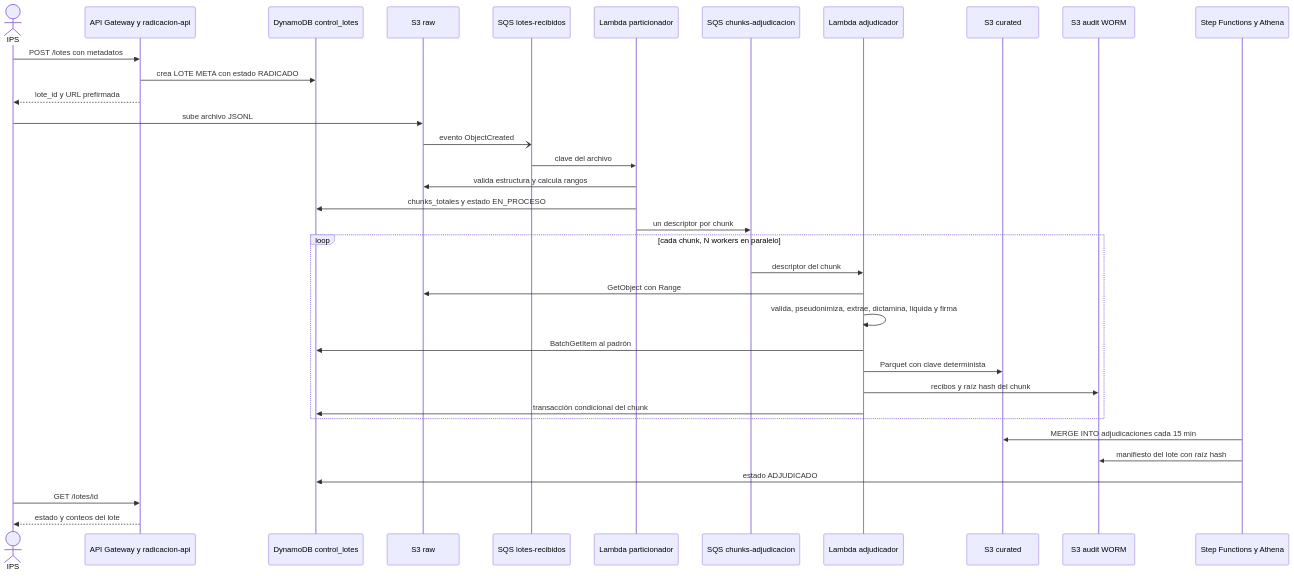
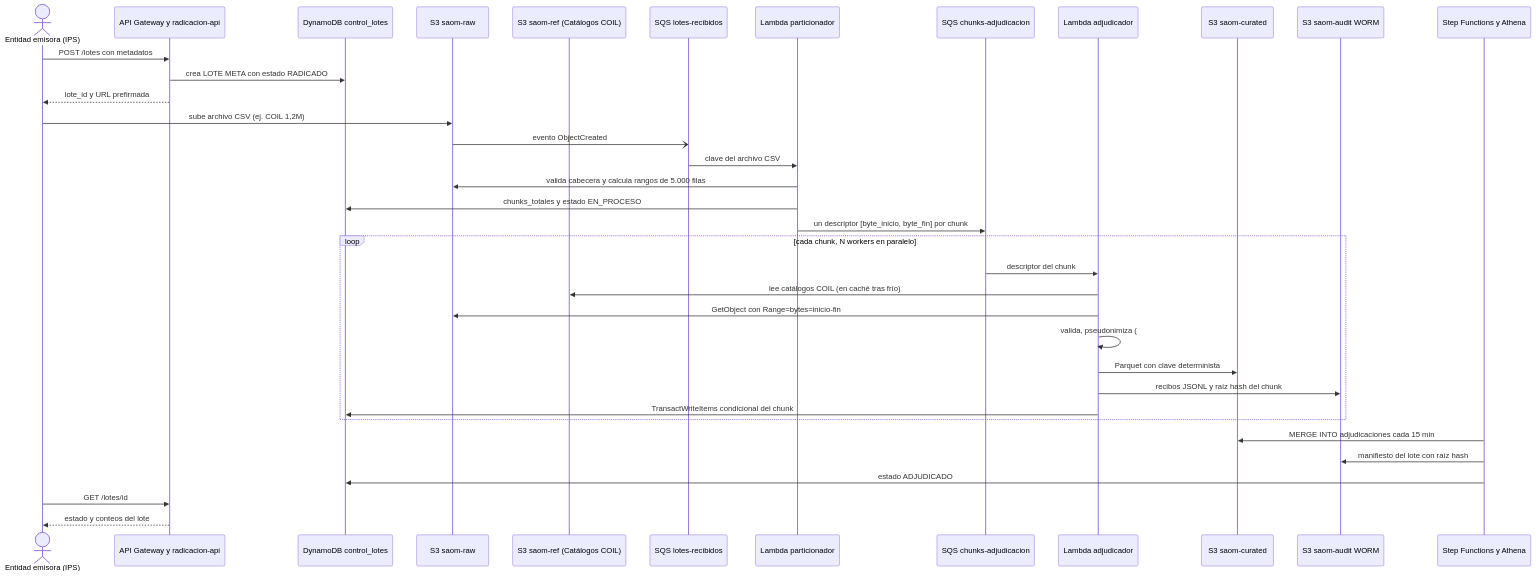
Before and after one commit to dani1309/Arquitectura: the diagram in design/03_arquitectura_tecnica.md, drawn with Mermaid. The commit also changed other lines of this file and 19 other files, not shown here.

````diff
--- a/design/03_arquitectura_tecnica.md
+++ b/design/03_arquitectura_tecnica.md
@@ -110,38 +111,39 @@
 ```mermaid
 sequenceDiagram
-    actor IPS
+    actor IPS as Entidad emisora (IPS)
     participant API as API Gateway y radicacion-api
     participant DDB as DynamoDB control_lotes
-    participant RAW as S3 raw
+    participant RAW as S3 saom-raw
+    participant REF as S3 saom-ref (Catálogos COIL)
     participant QL as SQS lotes-recibidos
     participant PART as Lambda particionador
     participant QC as SQS chunks-adjudicacion
     participant W as Lambda adjudicador
-    participant CUR as S3 curated
-    participant AUD as S3 audit WORM
+    participant CUR as S3 saom-curated
+    participant AUD as S3 saom-audit WORM
     participant CON as Step Functions y Athena
 
     IPS->>API: POST /lotes con metadatos
     API->>DDB: crea LOTE META con estado RADICADO
     API-->>IPS: lote_id y URL prefirmada
-    IPS->>RAW: sube archivo JSONL
+    IPS->>RAW: sube archivo CSV (ej. COIL 1,2M)
     RAW-)QL: evento ObjectCreated
-    QL->>PART: clave del archivo
-    PART->>RAW: valida estructura y calcula rangos
+    QL->>PART: clave del archivo CSV
+    PART->>RAW: valida cabecera y calcula rangos de 5.000 filas
     PART->>DDB: chunks_totales y estado EN_PROCESO
-    PART->>QC: un descriptor por chunk
+    PART->>QC: un descriptor [byte_inicio, byte_fin] por chunk
     loop cada chunk, N workers en paralelo
         QC->>W: descriptor del chunk
-        W->>RAW: GetObject con Range
-        W->>W: valida, pseudonimiza, extrae, dictamina, liquida y firma
-        W->>DDB: BatchGetItem al padrón
+        W->>REF: lee catálogos COIL (en caché tras frío)
+        W->>RAW: GetObject con Range=bytes=inicio-fin
+        W->>W: valida, pseudonimiza (#), extrae con spans, dictamina, liquida y firma
         W->>CUR: Parquet con clave determinista
-        W->>AUD: recibos y raíz hash del chunk
-        W->>DDB: transacción condicional del chunk
+        W->>AUD: recibos JSONL y raíz hash del chunk
+        W->>DDB: TransactWriteItems condicional del chunk
     end
     CON->>CUR: MERGE INTO adjudicaciones cada 15 min
     CON->>AUD: manifiesto del lote con raíz hash
     CON->>DDB: estado ADJUDICADO
     IPS->>API: GET /lotes/id
     API-->>IPS: estado y conteos del lote
 ```
````
